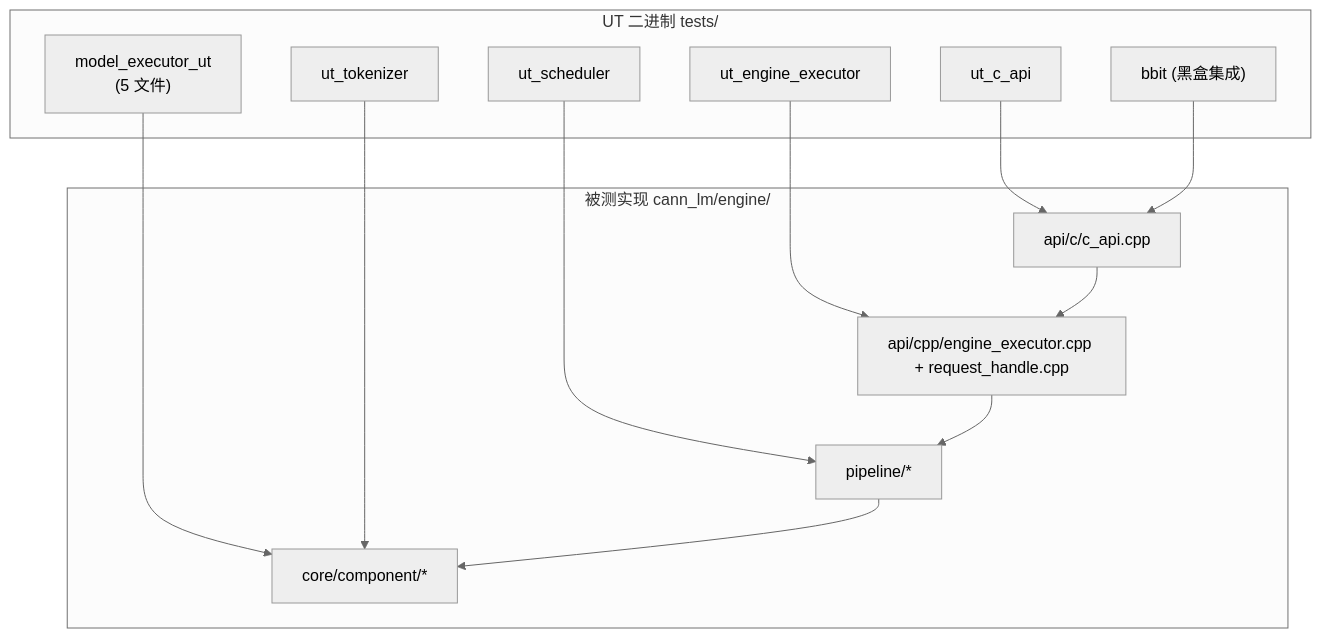
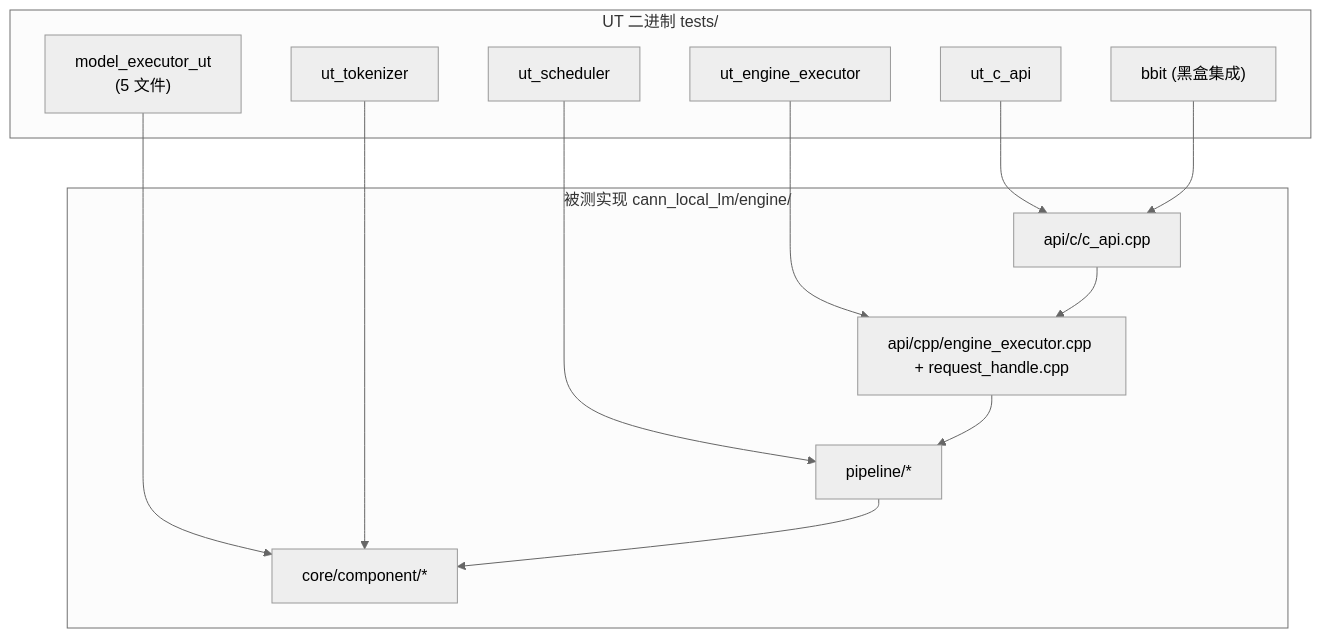
The diagram in docs/zh/cann_lm_engine/ut/DESIGN.md (hicann/cann-local-lm), drawn with Mermaid (neutral theme) before and after one commit. The commit also changed other lines of this file and 627 other files, not shown here.

````diff
--- a/docs/zh/cann_lm_engine/ut/DESIGN.md
+++ b/docs/zh/cann_lm_engine/ut/DESIGN.md
@@ -35,29 +35,29 @@
 ```mermaid
 graph TD
-    subgraph "被测实现 cann_lm/engine/"
+    subgraph "被测实现 cann_local_lm/engine/"
         APIc["api/c/c_api.cpp"]
         APIcpp["api/cpp/engine_executor.cpp + request_handle.cpp"]
         PIPE["pipeline/*"]
         CORE["core/component/*"]
     end
 
     subgraph "UT 二进制 tests/"
         MEUT["model_executor_ut<br/>(5 文件)"]
         EEUT["ut_engine_executor"]
         TKUT["ut_tokenizer"]
         CAUT["ut_c_api"]
         SCUT["ut_scheduler"]
         BBIT["bbit (黑盒集成)"]
     end
 
     MEUT --> CORE
     EEUT --> APIcpp
     TKUT --> CORE
     CAUT --> APIc
     SCUT --> PIPE
     BBIT --> APIc
 
     APIc --> APIcpp
     APIcpp --> PIPE
     PIPE --> CORE
 ```
````
